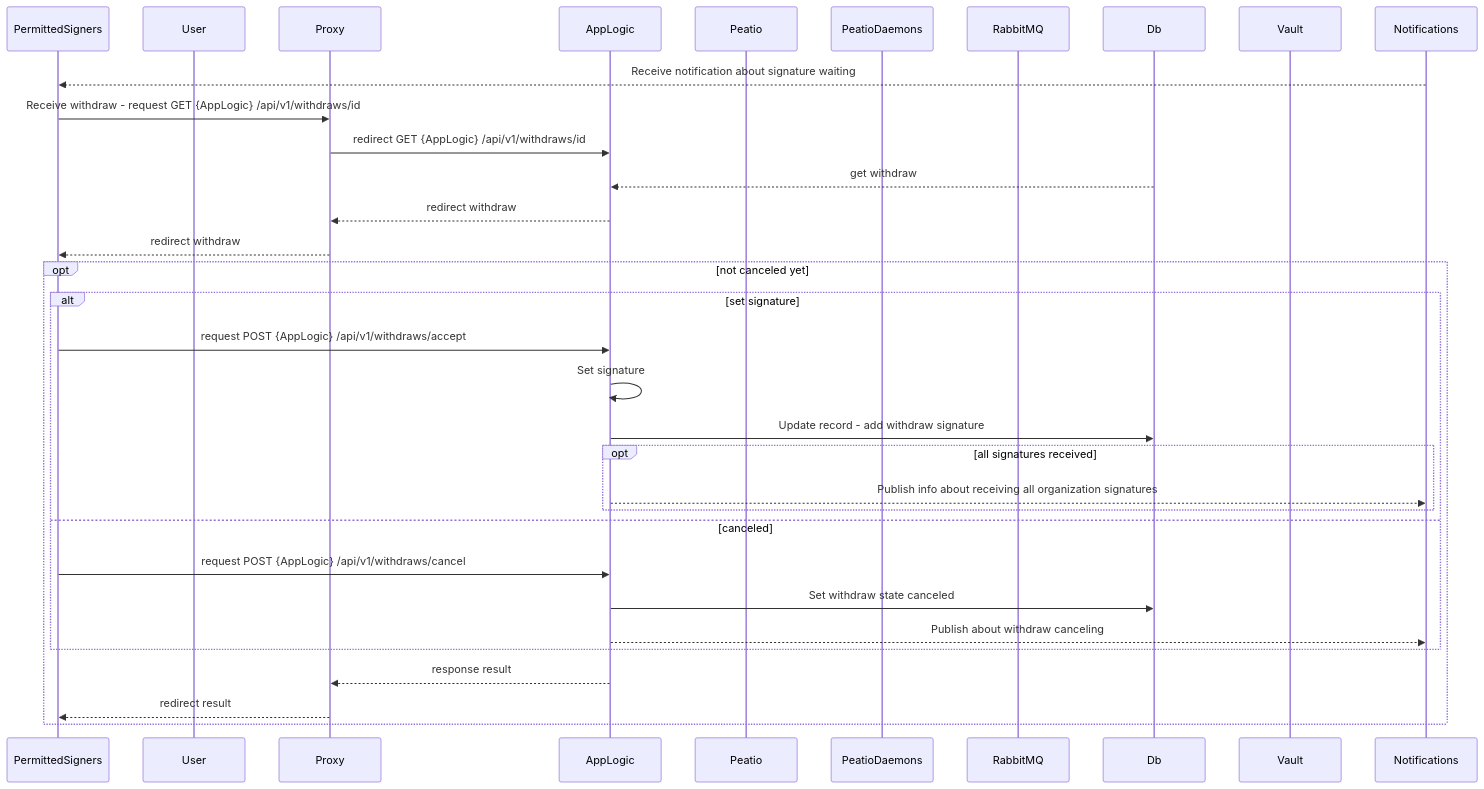
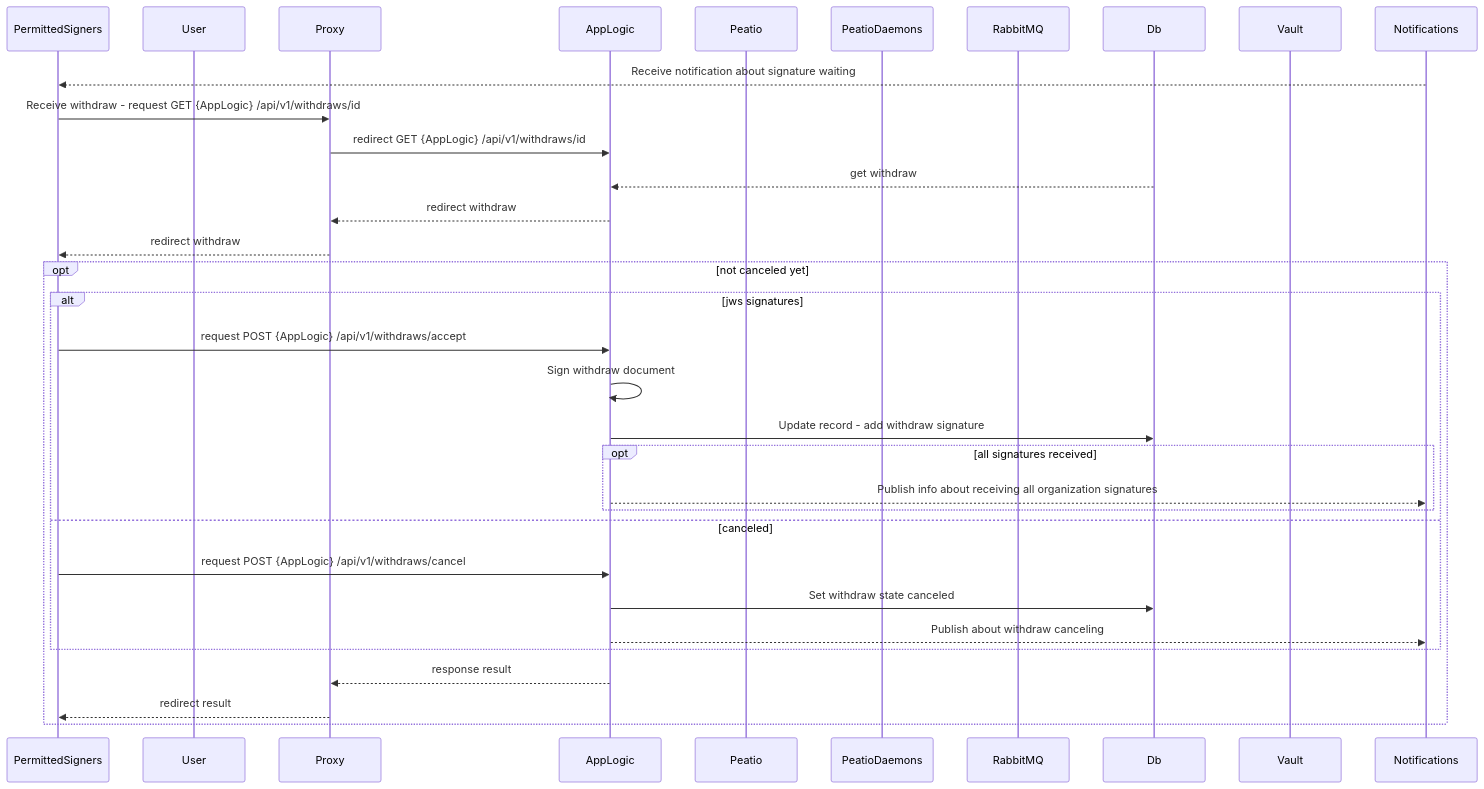
Before and after one commit to sergii-savchenko/rkcp_arch: the ninth of 10 diagrams in README.md, drawn with Mermaid. The commit also changed 2 other files, not shown here.

Commit message:
typo fixed

````diff
--- a/README.md
+++ b/README.md
@@ -327,40 +327,40 @@
 ```mermaid
 sequenceDiagram
     participant PermittedSigners
     participant User
     participant Proxy
     participant AppLogic
     participant Peatio
     participant PeatioDaemons
     participant RabbitMQ
     participant Db
     participant Vault
     participant Notifications
 
     Notifications-->>PermittedSigners: Receive notification about signature waiting
 
     PermittedSigners->>Proxy: Receive withdraw - request GET {AppLogic} /api/v1/withdraws/id
     Proxy->>AppLogic: redirect GET {AppLogic} /api/v1/withdraws/id
 
     Db-->>AppLogic: get withdraw
     AppLogic-->>Proxy: redirect withdraw
     Proxy-->>PermittedSigners: redirect withdraw
 
     opt not canceled yet
-        alt set signature
+        alt jws signatures
             PermittedSigners->>AppLogic: request POST {AppLogic} /api/v1/withdraws/accept
-            AppLogic->>AppLogic: Set signature
+            AppLogic->>AppLogic: Sign withdraw document
             AppLogic->>Db: Update record - add withdraw signature
             opt all signatures received
                 AppLogic-->>Notifications: Publish info about receiving all organization signatures
             end
         else canceled
             PermittedSigners->>AppLogic: request POST {AppLogic} /api/v1/withdraws/cancel
             AppLogic->>Db: Set withdraw state canceled
             AppLogic-->>Notifications: Publish about withdraw canceling
         end
         AppLogic-->>Proxy: response result
         Proxy-->>PermittedSigners: redirect result
     end
     
 ```
````
